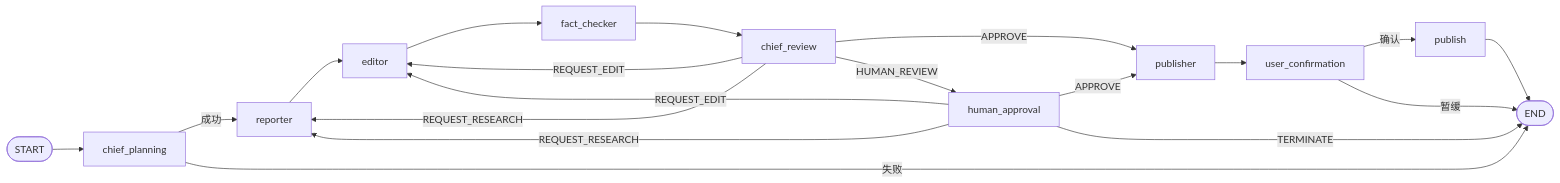
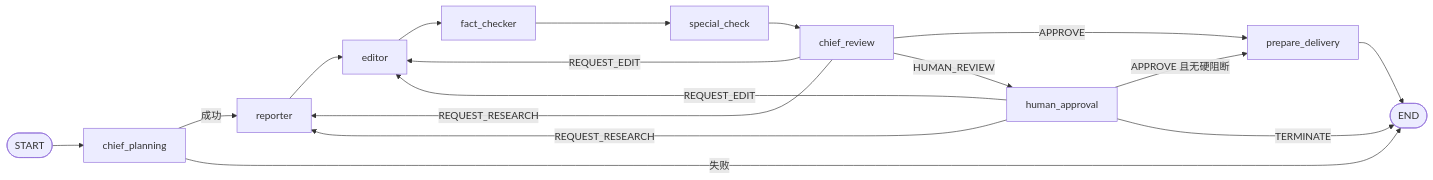
Before and after one commit to choppeer6/Newsroom: the second of 2 diagrams in docs/04-workflow/workflow-design.md, drawn with Mermaid. The commit also changed other lines of this file and 31 other files, not shown here.

First line of the commit message:
feat(workflow): replace publish chain with special check and delivery package

````diff
--- a/docs/04-workflow/workflow-design.md
+++ b/docs/04-workflow/workflow-design.md
@@ -378,21 +367,19 @@
 ```mermaid
 flowchart LR
     S([START]) --> CP[chief_planning]
     CP -->|成功| R[reporter]
     CP -->|失败| E([END])
     R --> ED[editor]
     ED --> FC[fact_checker]
-    FC --> CR[chief_review]
-    CR -->|APPROVE| P[publisher]
+    FC --> SC[special_check]
+    SC --> CR[chief_review]
+    CR -->|APPROVE| PD[prepare_delivery]
     CR -->|REQUEST_EDIT| ED
     CR -->|REQUEST_RESEARCH| R
     CR -->|HUMAN_REVIEW| H[human_approval]
-    H -->|APPROVE| P
+    H -->|APPROVE 且无硬阻断| PD
     H -->|REQUEST_EDIT| ED
     H -->|REQUEST_RESEARCH| R
     H -->|TERMINATE| E
-    P --> UC[user_confirmation]
-    UC -->|确认| PUB[publish]
-    UC -->|暂缓| E
-    PUB --> E
+    PD --> E
 ```
````
